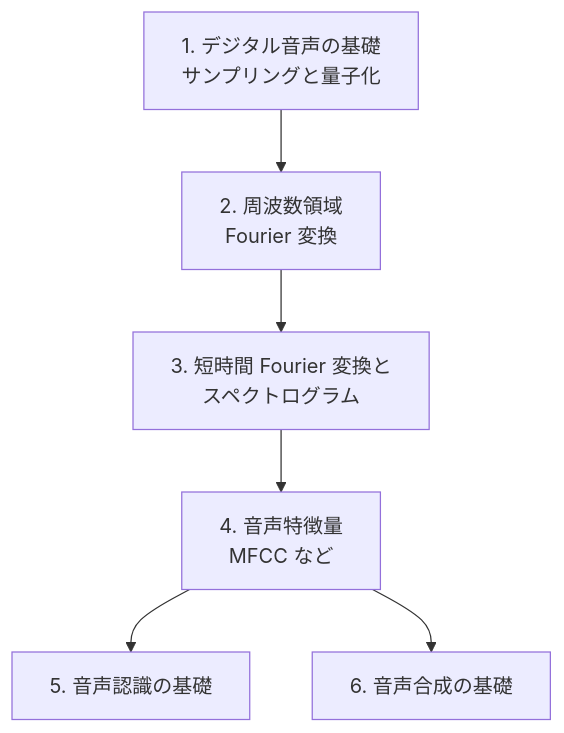
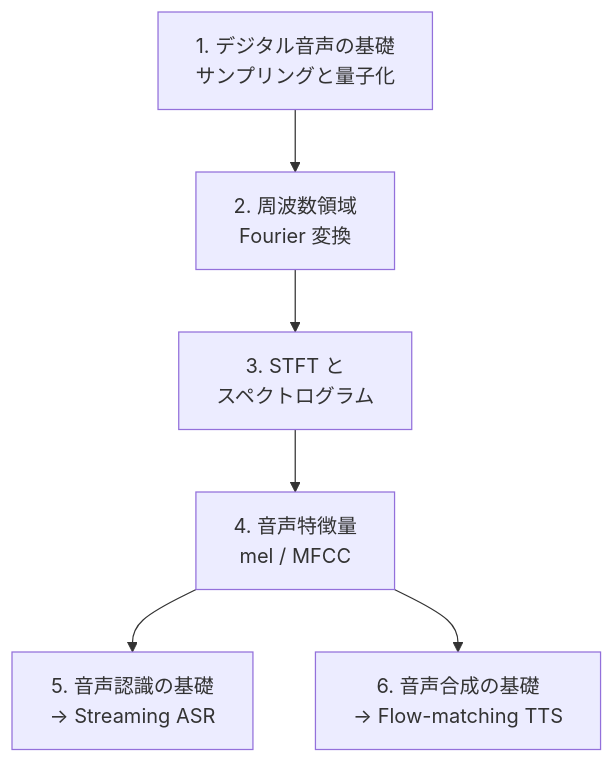
Before and after one commit to ksterx/textbook: the diagram in docs/audio/index.md, drawn with Mermaid. The commit also changed other lines of this file and 9 other files, not shown here.

First line of the commit message:
参照稿の設計知見を移植: 深さ基準・章テンプレ拡張・ビジュアル統一・Canvas図

````diff
--- a/docs/audio/index.md
+++ b/docs/audio/index.md
@@ -24,8 +37,8 @@
 ```mermaid
 flowchart TD
   C1[1. デジタル音声の基礎<br/>サンプリングと量子化] --> C2[2. 周波数領域<br/>Fourier 変換]
-  C2 --> C3[3. 短時間 Fourier 変換と<br/>スペクトログラム]
-  C3 --> C4[4. 音声特徴量<br/>MFCC など]
-  C4 --> C5[5. 音声認識の基礎]
-  C4 --> C6[6. 音声合成の基礎]
+  C2 --> C3[3. STFT と<br/>スペクトログラム]
+  C3 --> C4[4. 音声特徴量<br/>mel / MFCC]
+  C4 --> C5[5. 音声認識の基礎<br/>→ Streaming ASR]
+  C4 --> C6[6. 音声合成の基礎<br/>→ Flow-matching TTS]
 ```
````
